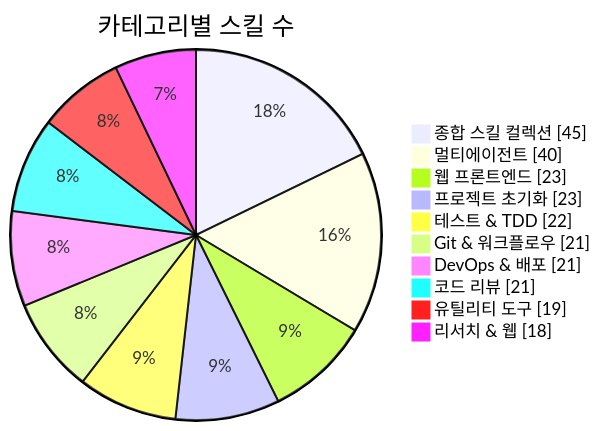
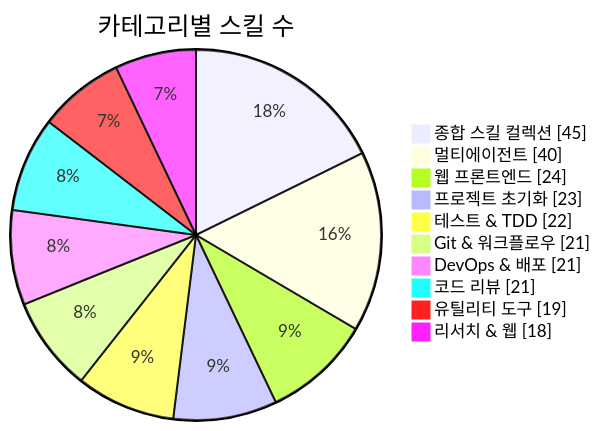
One commit to J-nowcow/awesome-korean-agent-skills changed the first of 3 diagrams in README.md. Above: the diagram before and after it, drawn with Mermaid. The commit also changed other lines of this file and 4 other files, not shown here.

````diff
--- a/README.md
+++ b/README.md
@@ -176,14 +176,14 @@
 ```mermaid
 pie showData
     title 카테고리별 스킬 수
     "종합 스킬 컬렉션" : 45
     "멀티에이전트" : 40
-    "웹 프론트엔드" : 23
+    "웹 프론트엔드" : 24
     "프로젝트 초기화" : 23
     "테스트 & TDD" : 22
     "Git & 워크플로우" : 21
     "DevOps & 배포" : 21
     "코드 리뷰" : 21
     "유틸리티 도구" : 19
     "리서치 & 웹" : 18
 ```
````
